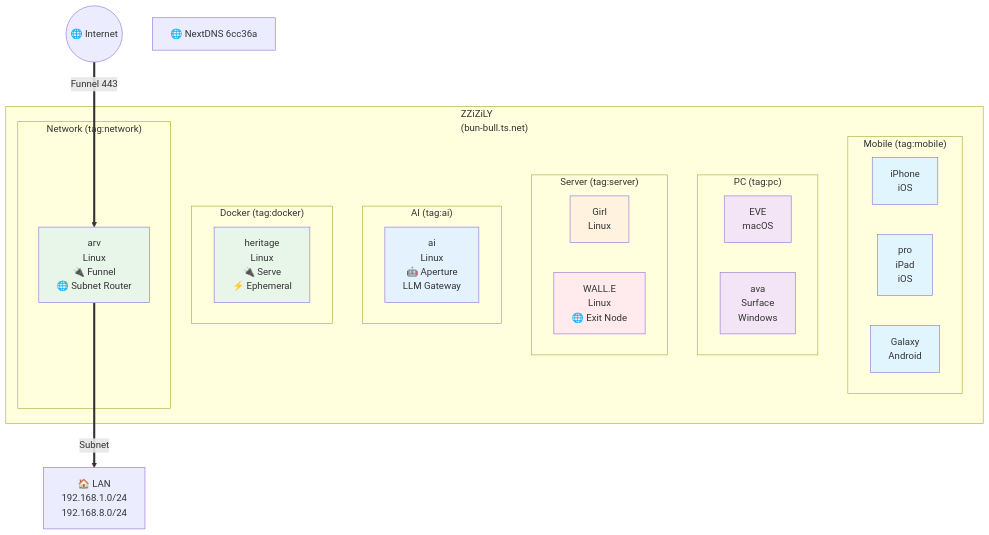
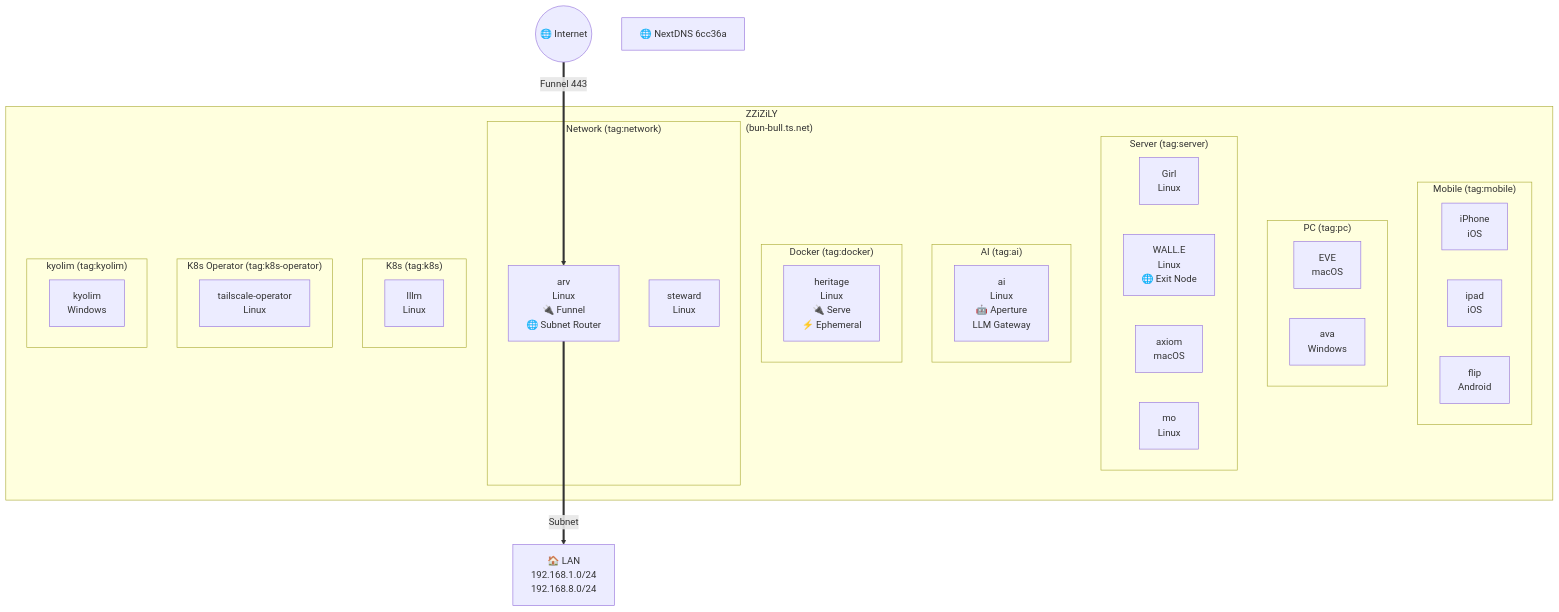
The first of 2 diagrams in README.md (deuxksy/sylph), drawn with Mermaid before and after one commit. The commit also changed other lines of this file and 3 other files, not shown here.

````diff
--- a/README.md
+++ b/README.md
@@ -10,50 +10,53 @@
 ```mermaid
 graph TB
 
     subgraph "ZZiZiLY<br/>(bun-bull.ts.net)"
         subgraph "Mobile (tag:mobile)"
             M1[iPhone<br/>iOS]
-            M2[pro<br/>iPad<br/>iOS]
-            M3[Galaxy<br/>Android]
+            M2[ipad<br/>iOS]
+            M3[flip<br/>Android]
         end
 
         subgraph "PC (tag:pc)"
             PC1[EVE<br/>macOS]
-            PC2[ava<br/>Surface<br/>Windows]
+            PC2[ava<br/>Windows]
         end
 
         subgraph "Server (tag:server)"
             S1[Girl<br/>Linux]
             S2[WALL.E<br/>Linux<br/>🌐 Exit Node]
+            S3[axiom<br/>macOS]
+            S4[mo<br/>Linux]
         end
 
         subgraph "AI (tag:ai)"
             AI1[ai<br/>Linux<br/>🤖 Aperture<br/>LLM Gateway]
         end
 
         subgraph "Docker (tag:docker)"
             I1[heritage<br/>Linux<br/>🔌 Serve<br/>⚡ Ephemeral]
         end
 
         subgraph "Network (tag:network)"
             I2[arv<br/>Linux<br/>🔌 Funnel<br/>🌐 Subnet Router]
+            I3[steward<br/>Linux]
+        end
+
+        subgraph "K8s (tag:k8s)"
+            K1[lllm<br/>Linux]
+        end
+
+        subgraph "K8s Operator (tag:k8s-operator)"
+            KO1[tailscale-operator<br/>Linux]
+        end
+
+        subgraph "kyolim (tag:kyolim)"
+            KY1[kyolim<br/>Windows]
         end
     end
 
     Internet((🌐 Internet)) ==>|Funnel 443| I2
-    %% Tailnet devices access LAN via arv
     I2 ==>|Subnet| LAN[🏠 LAN<br/>192.168.1.0/24<br/>192.168.8.0/24]
-    %% Tailnet uses NextDNS for DNS resolution
     DNS[🌐 NextDNS 6cc36a]
 
-    style M1 fill:#e1f5fe
-    style M2 fill:#e1f5fe
-    style M3 fill:#e1f5fe
-    style PC1 fill:#f3e5f5
-    style PC2 fill:#f3e5f5
-    style S1 fill:#fff3e0
-    style S2 fill:#ffebee
-    style AI1 fill:#e3f2fd
-    style I1 fill:#e8f5e9
-    style I2 fill:#e8f5e9
 ```
````
